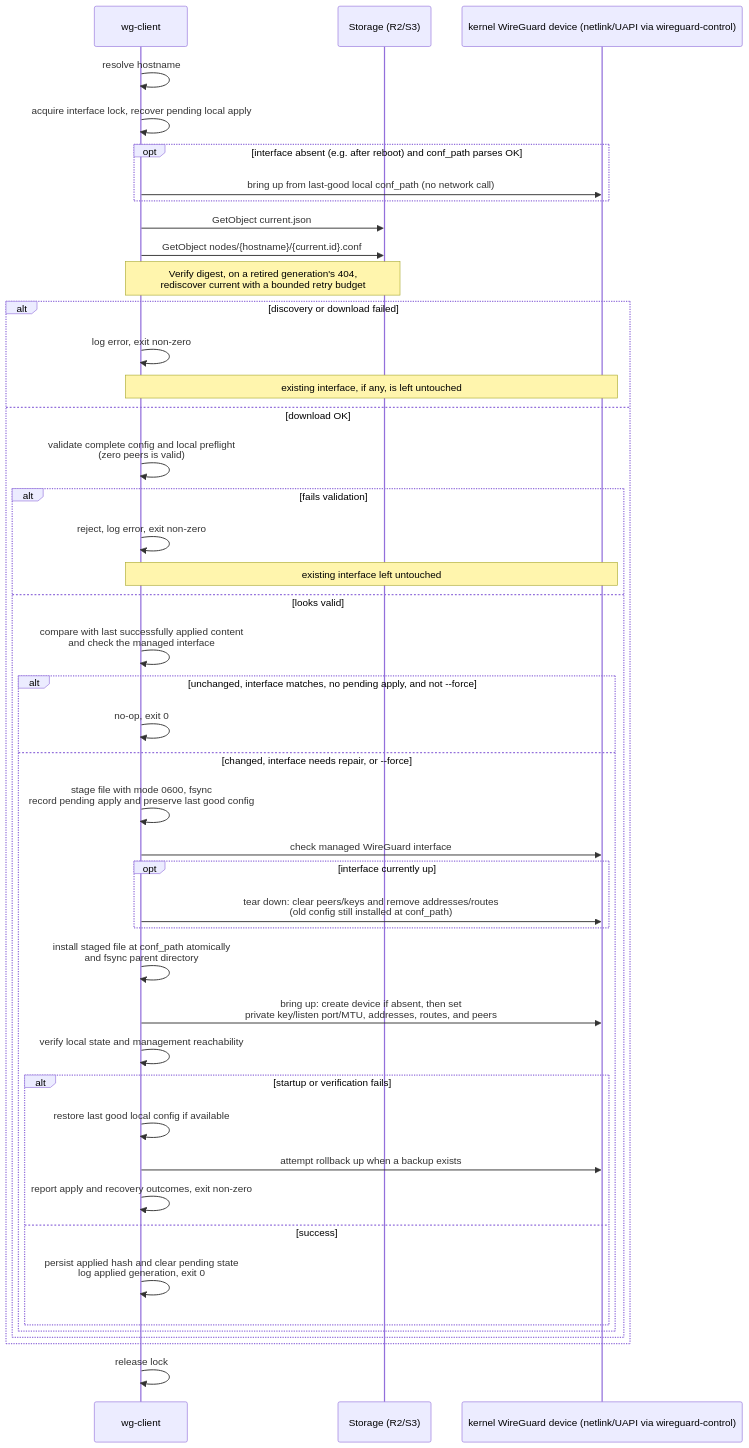
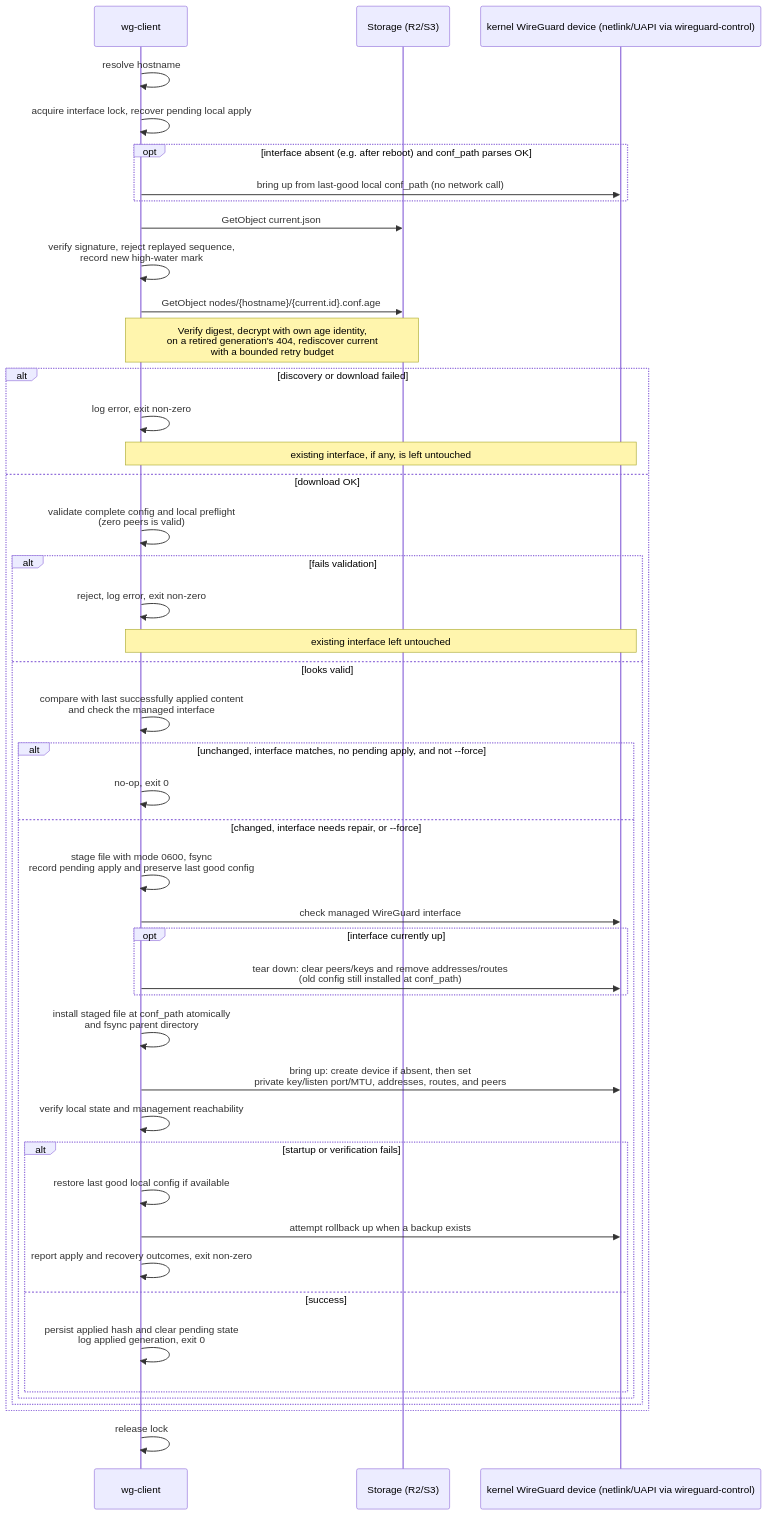
Before and after one commit to pbtrung/wg-vpn: the diagram in docs/wg-client.md, drawn with Mermaid. The commit also changed other lines of this file and 3 other files, not shown here.

````diff
--- a/docs/wg-client.md
+++ b/docs/wg-client.md
@@ -283,47 +345,48 @@
 ```mermaid
 sequenceDiagram
     participant C as wg-client
     participant S as Storage (R2/S3)
     participant W as kernel WireGuard device (netlink/UAPI via wireguard-control)
 
     C->>C: resolve hostname
     C->>C: acquire interface lock, recover pending local apply
     opt interface absent (e.g. after reboot) and conf_path parses OK
         C->>W: bring up from last-good local conf_path (no network call)
     end
     C->>S: GetObject current.json
-    C->>S: GetObject nodes/{hostname}/{current.id}.conf
-    Note over C,S: Verify digest, on a retired generation's 404,<br/>rediscover current with a bounded retry budget
+    C->>C: verify signature, reject replayed sequence,<br/>record new high-water mark
+    C->>S: GetObject nodes/{hostname}/{current.id}.conf.age
+    Note over C,S: Verify digest, decrypt with own age identity,<br/>on a retired generation's 404, rediscover current<br/>with a bounded retry budget
     alt discovery or download failed
         C->>C: log error, exit non-zero
         Note over C,W: existing interface, if any, is left untouched
     else download OK
         C->>C: validate complete config and local preflight<br/>(zero peers is valid)
         alt fails validation
             C->>C: reject, log error, exit non-zero
             Note over C,W: existing interface left untouched
         else looks valid
             C->>C: compare with last successfully applied content<br/>and check the managed interface
             alt unchanged, interface matches, no pending apply, and not --force
                 C->>C: no-op, exit 0
             else changed, interface needs repair, or --force
                 C->>C: stage file with mode 0600, fsync<br/>record pending apply and preserve last good config
                 C->>W: check managed WireGuard interface
                 opt interface currently up
                     C->>W: tear down: clear peers/keys and remove addresses/routes<br/>(old config still installed at conf_path)
                 end
                 C->>C: install staged file at conf_path atomically<br/>and fsync parent directory
                 C->>W: bring up: create device if absent, then set<br/>private key/listen port/MTU, addresses, routes, and peers
                 C->>C: verify local state and management reachability
                 alt startup or verification fails
                     C->>C: restore last good local config if available
                     C->>W: attempt rollback up when a backup exists
                     C->>C: report apply and recovery outcomes, exit non-zero
                 else success
                     C->>C: persist applied hash and clear pending state<br/>log applied generation, exit 0
                 end
             end
         end
     end
     C->>C: release lock
 ```
````
